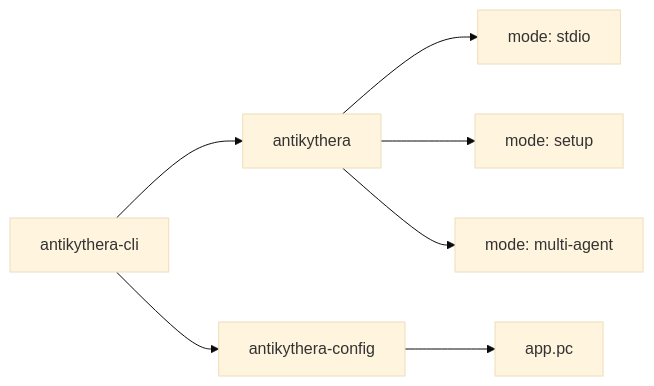
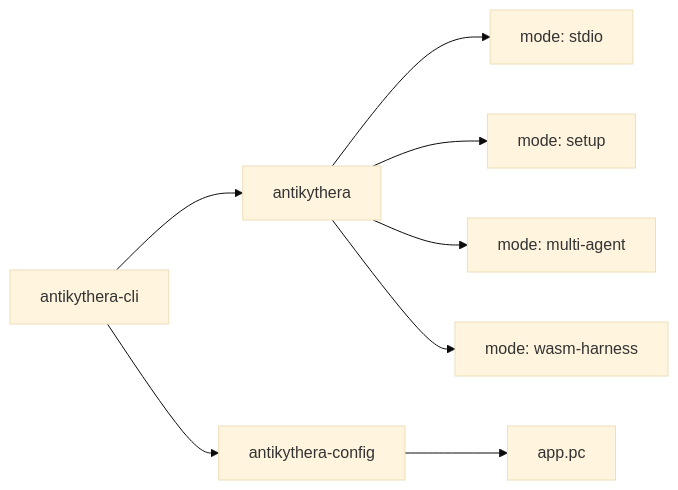
One commit to tsfarizi/antikhitera-mcp-client changed the first of 3 diagrams in documentation/CLI.md. Above: the diagram before and after it, drawn with Mermaid (base theme). The commit also changed other lines of this file and 18 other files, not shown here.

````diff
--- a/documentation/CLI.md
+++ b/documentation/CLI.md
@@ -7,10 +7,11 @@
 ```mermaid
 flowchart LR
     CLI_CRATE[antikythera-cli]
     CLI_CRATE --> MAIN[antikythera]
     CLI_CRATE --> CONFIG[antikythera-config]
     MAIN --> STDIO[mode: stdio]
     MAIN --> SETUP[mode: setup]
     MAIN --> MULTI[mode: multi-agent]
+    MAIN --> HARNESS[mode: wasm-harness]
     CONFIG --> PC[app.pc]
 ```
````
